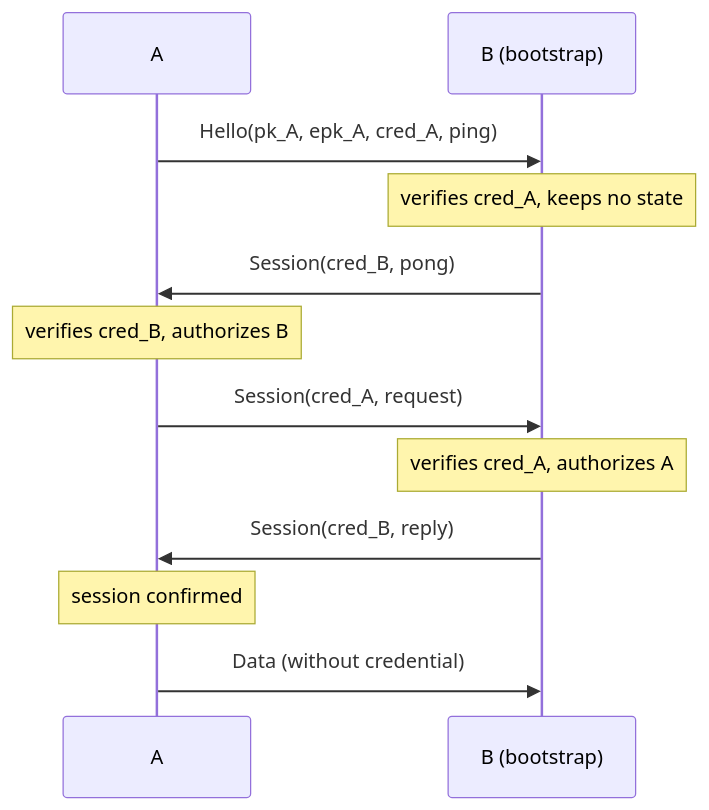
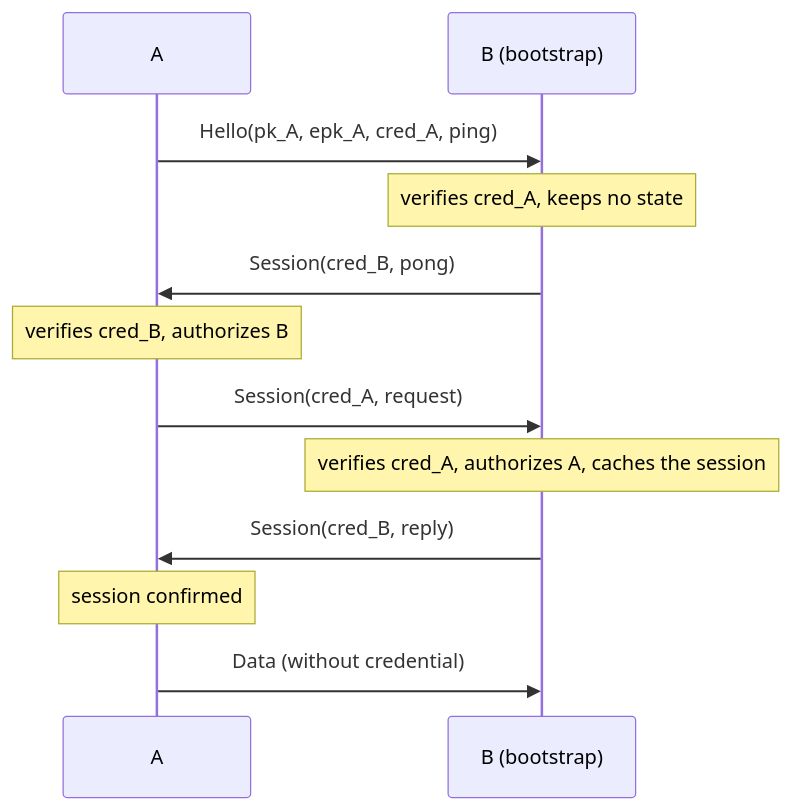
The second of 2 diagrams in docs/transport-crypto.md (savoirfairelinux/opendht), drawn with Mermaid before and after one commit. The commit also changed other lines of this file, not shown here.

Commit message:
docs: describe address-validated session caching

````diff
--- a/docs/transport-crypto.md
+++ b/docs/transport-crypto.md
@@ -356,14 +358,14 @@
 ```mermaid
 sequenceDiagram
     participant A
     participant B as B (bootstrap)
     A->>B: Hello(pk_A, epk_A, cred_A, ping)
     Note over B: verifies cred_A, keeps no state
     B->>A: Session(cred_B, pong)
     Note over A: verifies cred_B, authorizes B
     A->>B: Session(cred_A, request)
-    Note over B: verifies cred_A, authorizes A
+    Note over B: verifies cred_A, authorizes A, caches the session
     B->>A: Session(cred_B, reply)
     Note over A: session confirmed
     A->>B: Data (without credential)
 ```
````
